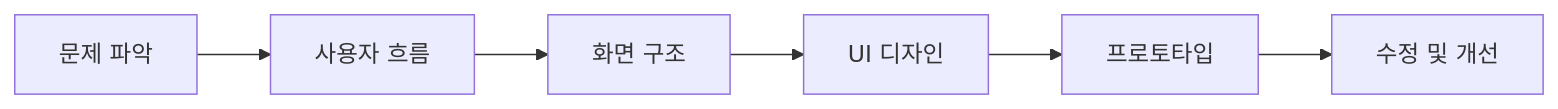
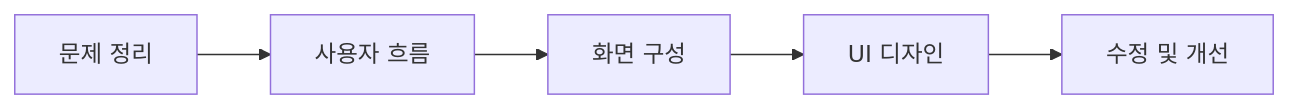
One commit to uiux0718/uiux0718 changed the first of 2 diagrams in README.md. Above: the diagram before and after it, drawn with Mermaid. The commit also changed other lines of this file, not shown here.

````diff
--- a/README.md
+++ b/README.md
@@ -23,8 +26,7 @@
-```mermaid
+```mermaid id="3u0v4g"
 flowchart LR
-    A[문제 파악] --> B[사용자 흐름]
-    B --> C[화면 구조]
+    A[문제 정리] --> B[사용자 흐름]
+    B --> C[화면 구성]
     C --> D[UI 디자인]
-    D --> E[프로토타입]
-    E --> F[수정 및 개선]
+    D --> E[수정 및 개선]
 ```
````
